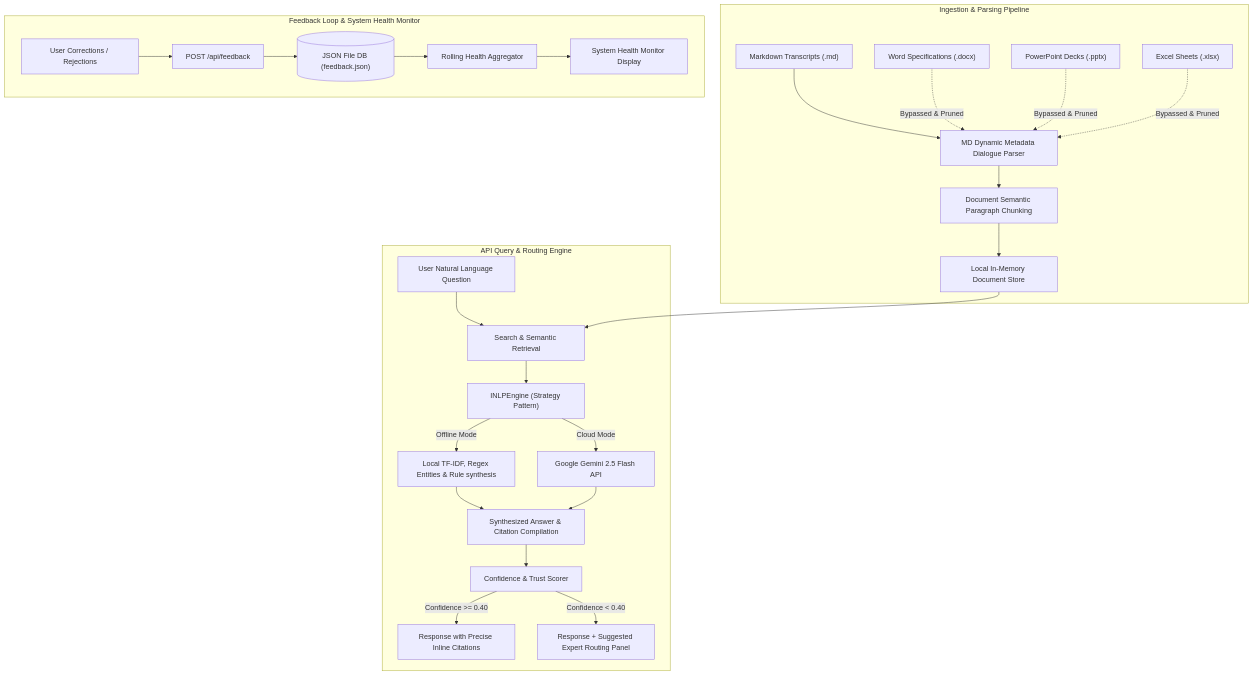
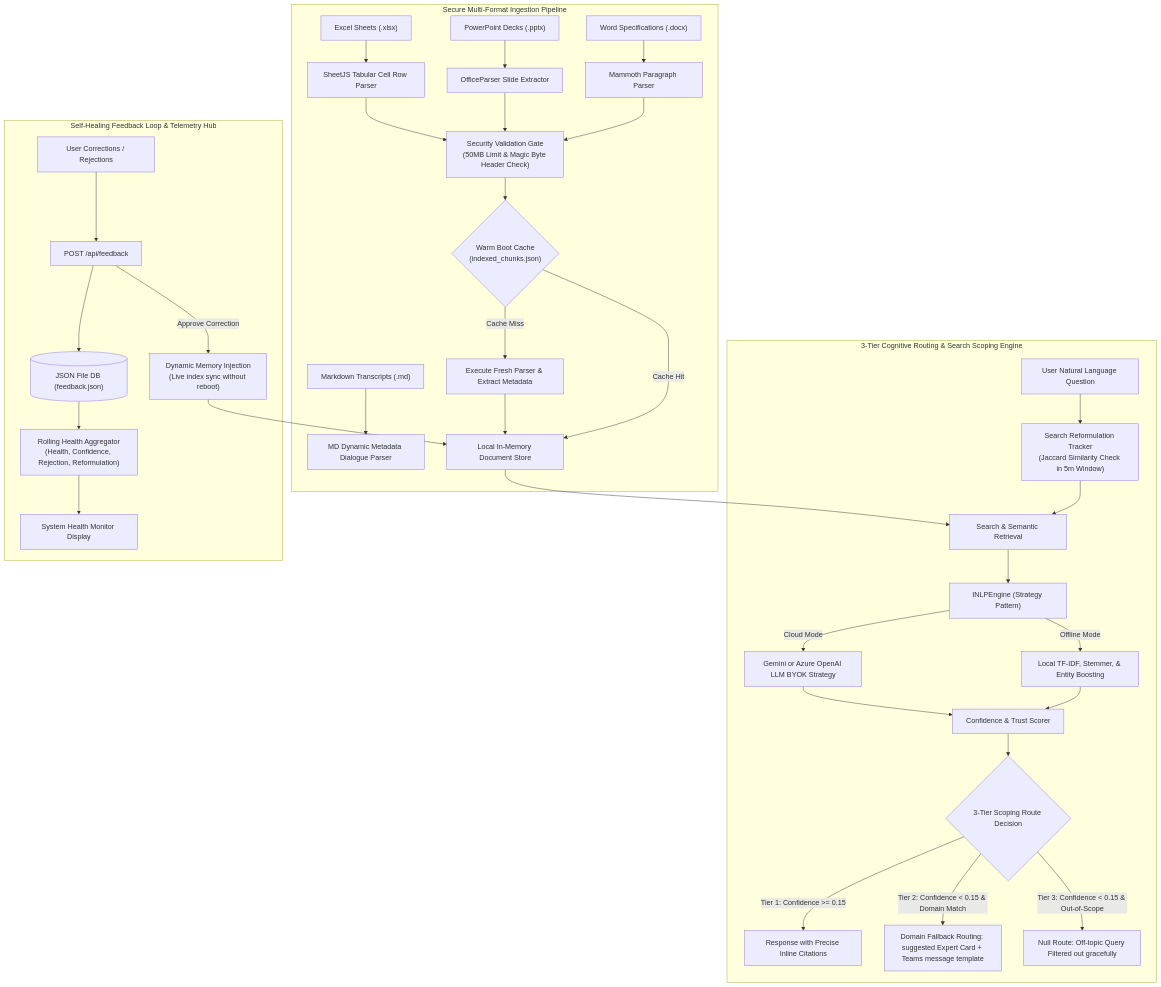
Before and after one commit to ksvarre/AetherGrid-Technologies: the first of 3 diagrams in docs/ARCHITECTURE.md, drawn with Mermaid. The commit also changed other lines of this file and 31 other files, not shown here.

````diff
--- a/docs/ARCHITECTURE.md
+++ b/docs/ARCHITECTURE.md
@@ -10,39 +10,47 @@
 ```mermaid
 graph TD
     %% Ingestion Pipeline
-    subgraph Ingestion ["Ingestion & Parsing Pipeline"]
+    subgraph Ingestion ["Secure Multi-Format Ingestion Pipeline"]
         MD_Files["Markdown Transcripts (.md)"] --> MD_P["MD Dynamic Metadata Dialogue Parser"]
-        DOCX_Files["Word Specifications (.docx)"] -.->|Bypassed & Pruned| MD_P
-        PPTX_Files["PowerPoint Decks (.pptx)"] -.->|Bypassed & Pruned| MD_P
-        XLSX_Files["Excel Sheets (.xlsx)"] -.->|Bypassed & Pruned| MD_P
+        DOCX_Files["Word Specifications (.docx)"] --> Word_P["Mammoth Paragraph Parser"]
+        PPTX_Files["PowerPoint Decks (.pptx)"] --> PPTX_P["OfficeParser Slide Extractor"]
+        XLSX_Files["Excel Sheets (.xlsx)"] --> XLSX_P["SheetJS Tabular Cell Row Parser"]
         
-        MD_P --> Chunking["Document Semantic Paragraph Chunking"]
-        Chunking --> DocIndex["Local In-Memory Document Store"]
+        Word_P & PPTX_P & XLSX_P --> SecurityGate["Security Validation Gate<br>(50MB Limit & Magic Byte Header Check)"]
+        SecurityGate --> CacheCheck{"Warm Boot Cache<br>(indexed_chunks.json)"}
+        CacheCheck -->|Cache Hit| DocIndex["Local In-Memory Document Store"]
+        CacheCheck -->|Cache Miss| RawParse["Execute Fresh Parser & Extract Metadata"]
+        RawParse --> DocIndex
     end
 
     %% Search and Retrieval
-    subgraph SearchAPI ["API Query & Routing Engine"]
-        UserQuery["User Natural Language Question"] --> QueryParser["Search & Semantic Retrieval"]
+    subgraph SearchAPI ["3-Tier Cognitive Routing & Search Scoping Engine"]
+        UserQuery["User Natural Language Question"] --> RefCheck["Search Reformulation Tracker<br>(Jaccard Similarity Check in 5m Window)"]
+        RefCheck --> QueryParser["Search & Semantic Retrieval"]
         DocIndex --> QueryParser
         
         QueryParser --> NLPEngine["INLPEngine (Strategy Pattern)"]
         
-        NLPEngine -->|Offline Mode| LocalNLP["Local TF-IDF, Regex Entities & Rule synthesis"]
-        NLPEngine -->|Cloud Mode| GeminiNLP["Google Gemini 2.5 Flash API"]
+        NLPEngine -->|Offline Mode| LocalNLP["Local TF-IDF, Stemmer, & Entity Boosting"]
+        NLPEngine -->|Cloud Mode| CloudNLP["Gemini or Azure OpenAI LLM BYOK Strategy"]
         
-        LocalNLP & GeminiNLP --> ResGen["Synthesized Answer & Citation Compilation"]
-        ResGen --> Scorer["Confidence & Trust Scorer"]
+        LocalNLP & CloudNLP --> Scorer["Confidence & Trust Scorer"]
         
-        Scorer -->|Confidence >= 0.40| HighConf["Response with Precise Inline Citations"]
-        Scorer -->|Confidence < 0.40| LowConf["Response + Suggested Expert Routing Panel"]
+        Scorer --> RouteDecision{"3-Tier Scoping Route Decision"}
+        RouteDecision -->|Tier 1: Confidence >= 0.15| HighConf["Response with Precise Inline Citations"]
+        RouteDecision -->|Tier 2: Confidence < 0.15 & Domain Match| LowConf["Domain Fallback Routing: suggested Expert Card + Teams message template"]
+        RouteDecision -->|Tier 3: Confidence < 0.15 & Out-of-Scope| NullRoute["Null Route: Off-topic Query Filtered out gracefully"]
     end
 
     %% Self Healing
-    subgraph SelfHealing ["Feedback Loop & System Health Monitor"]
+    subgraph SelfHealing ["Self-Healing Feedback Loop & Telemetry Hub"]
         UIFeedback["User Corrections / Rejections"] --> FeedbackAPI["POST /api/feedback"]
         FeedbackAPI --> LocalJSONDB[("JSON File DB (feedback.json)")]
         
-        LocalJSONDB --> QualityMon["Rolling Health Aggregator"]
+        LocalJSONDB --> QualityMon["Rolling Health Aggregator<br>(Health, Confidence, Rejection, Reformulation)"]
         QualityMon --> HealthDashboard["System Health Monitor Display"]
+        
+        FeedbackAPI -->|Approve Correction| RAMSync["Dynamic Memory Injection<br>(Live index sync without reboot)"]
+        RAMSync --> DocIndex
     end
 ```
````
